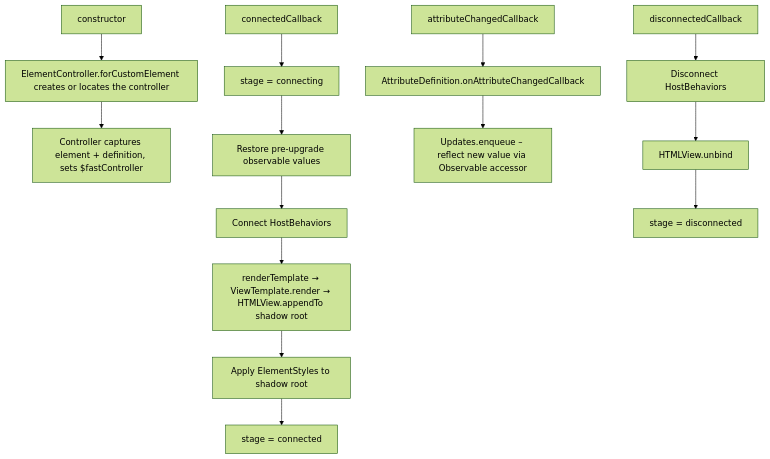
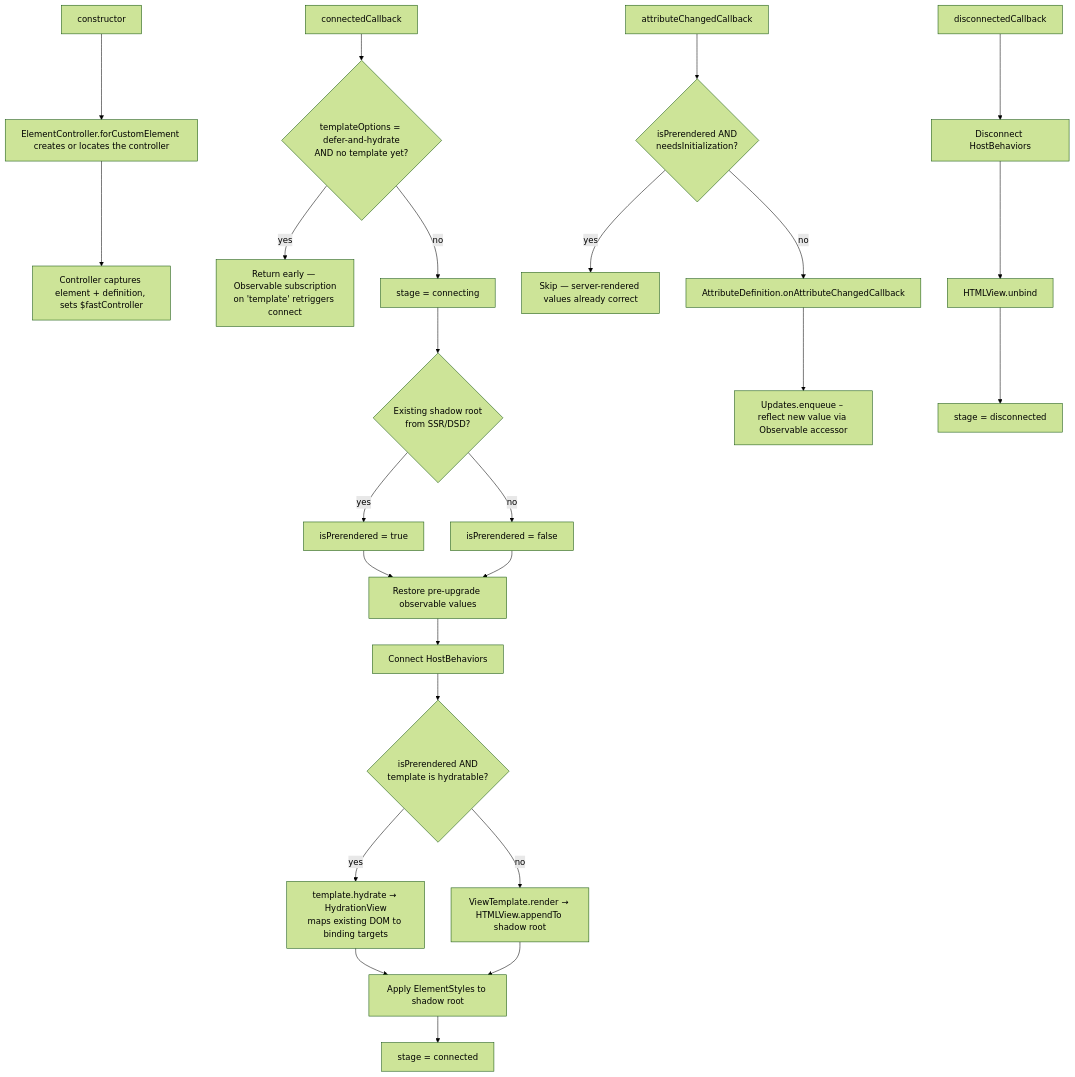
One commit to microsoft/fast changed the second of 4 diagrams in packages/fast-element/DESIGN.md. Above: the diagram before and after it, drawn with Mermaid (forest theme). The commit also changed other lines of this file and 84 other files, not shown here.

````diff
--- a/packages/fast-element/DESIGN.md
+++ b/packages/fast-element/DESIGN.md
@@ -317,19 +323,30 @@
 ```mermaid
 flowchart TD
     CTOR[constructor] --> EC[ElementController.forCustomElement creates or locates the controller]
     EC --> ATTACH[Controller captures element + definition, sets $fastController]
 
-    CONN[connectedCallback] --> STAGE[stage = connecting]
-    STAGE --> OBS[Restore pre-upgrade observable values]
+    CONN[connectedCallback] --> TGUARD{templateOptions = defer-and-hydrate\nAND no template yet?}
+    TGUARD -->|yes| WAIT[Return early — Observable subscription\non 'template' retriggers connect]
+    TGUARD -->|no| STAGE[stage = connecting]
+    STAGE --> PRERENDER{Existing shadow root\nfrom SSR/DSD?}
+    PRERENDER -->|yes| SETFLAG[isPrerendered = true]
+    PRERENDER -->|no| NORMAL[isPrerendered = false]
+    SETFLAG --> OBS[Restore pre-upgrade observable values]
+    NORMAL --> OBS
     OBS --> BEHAV[Connect HostBehaviors]
-    BEHAV --> RENDER[renderTemplate → ViewTemplate.render → HTMLView.appendTo shadow root]
-    RENDER --> STYLES[Apply ElementStyles to shadow root]
+    BEHAV --> RENDER{isPrerendered AND\ntemplate is hydratable?}
+    RENDER -->|yes| HYDRATE[template.hydrate → HydrationView\nmaps existing DOM to binding targets]
+    RENDER -->|no| CLONE[ViewTemplate.render → HTMLView.appendTo shadow root]
+    HYDRATE --> STYLES[Apply ElementStyles to shadow root]
+    CLONE --> STYLES
     STYLES --> DONE[stage = connected]
 
-    ATTR[attributeChangedCallback] --> ACD[AttributeDefinition.onAttributeChangedCallback]
+    ATTR[attributeChangedCallback] --> ATTRGUARD{isPrerendered AND\nneedsInitialization?}
+    ATTRGUARD -->|yes| SKIP[Skip — server-rendered values already correct]
+    ATTRGUARD -->|no| ACD[AttributeDefinition.onAttributeChangedCallback]
     ACD --> ENQ[Updates.enqueue – reflect new value via Observable accessor]
 
     DISC[disconnectedCallback] --> DBEHAV[Disconnect HostBehaviors]
     DBEHAV --> UNBIND[HTMLView.unbind]
     UNBIND --> DSTAGE[stage = disconnected]
 ```
````
